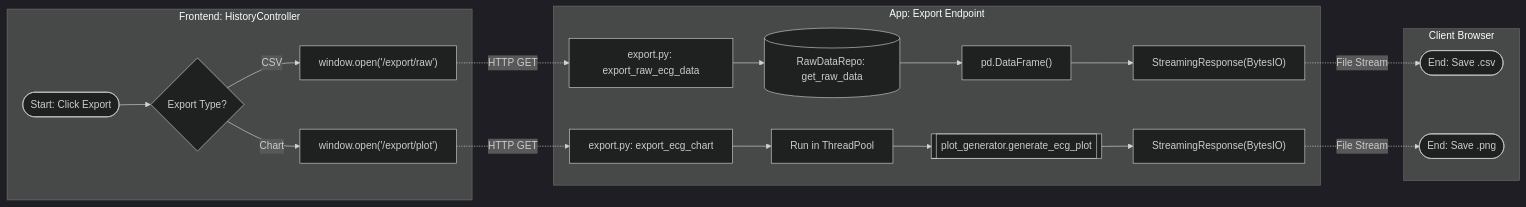
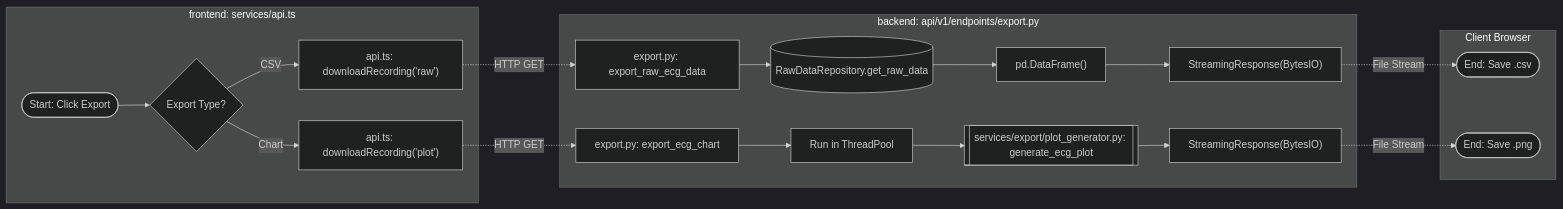
One commit to affanrk/ecg-puskesmas changed the tenth of 11 diagrams in SYSTEM_FLOWS.md. Above: the diagram before and after it, drawn with Mermaid (dark theme). The commit also changed other lines of this file and 176 other files, not shown here.

Commit message:
BE_FE: Separate Frontend & Backend, Framework FE -> Next.JS (UI), Backend-> FastAPI (Service for API & Websocket)

````diff
--- a/SYSTEM_FLOWS.md
+++ b/SYSTEM_FLOWS.md
@@ -350,28 +351,28 @@
 ```mermaid
 flowchart LR
     %% SWIMLANE: FRONTEND
-    subgraph UI [Frontend: HistoryController]
+    subgraph UI [frontend: services/api.ts]
         ClickExp([Start: Click Export]) --> Type{"Export Type?"}
-        Type -- CSV --> ReqCSV["window.open('/export/raw')"]
-        Type -- Chart --> ReqPlot["window.open('/export/plot')"]
+        Type -- CSV --> ReqCSV["api.ts: downloadRecording('raw')"]
+        Type -- Chart --> ReqPlot["api.ts: downloadRecording('plot')"]
     end
 
     %% SWIMLANE: BACKEND API
-    subgraph API [App: Export Endpoint]
+    subgraph API [backend: api/v1/endpoints/export.py]
         ReqCSV -.->|HTTP GET| EndCSV["export.py: export_raw_ecg_data"]
-        EndCSV --> FetchRaw[(RawDataRepo: get_raw_data)]
+        EndCSV --> FetchRaw[(RawDataRepository.get_raw_data)]
         FetchRaw --> Pandas["pd.DataFrame()"]
         Pandas --> StreamCSV["StreamingResponse(BytesIO)"]
 
         ReqPlot -.->|HTTP GET| EndPlot["export.py: export_ecg_chart"]
         EndPlot --> ExecPool[Run in ThreadPool]
-        ExecPool --> MatPlot[[plot_generator.generate_ecg_plot]]
+        ExecPool --> MatPlot[[services/export/plot_generator.py: generate_ecg_plot]]
         MatPlot --> StreamPNG["StreamingResponse(BytesIO)"]
     end
 
     %% SWIMLANE: BROWSER
     subgraph Browser [Client Browser]
         StreamCSV -.->|File Stream| DownloadCSV([End: Save .csv])
         StreamPNG -.->|File Stream| DownloadPNG([End: Save .png])
     end
 ```
````
